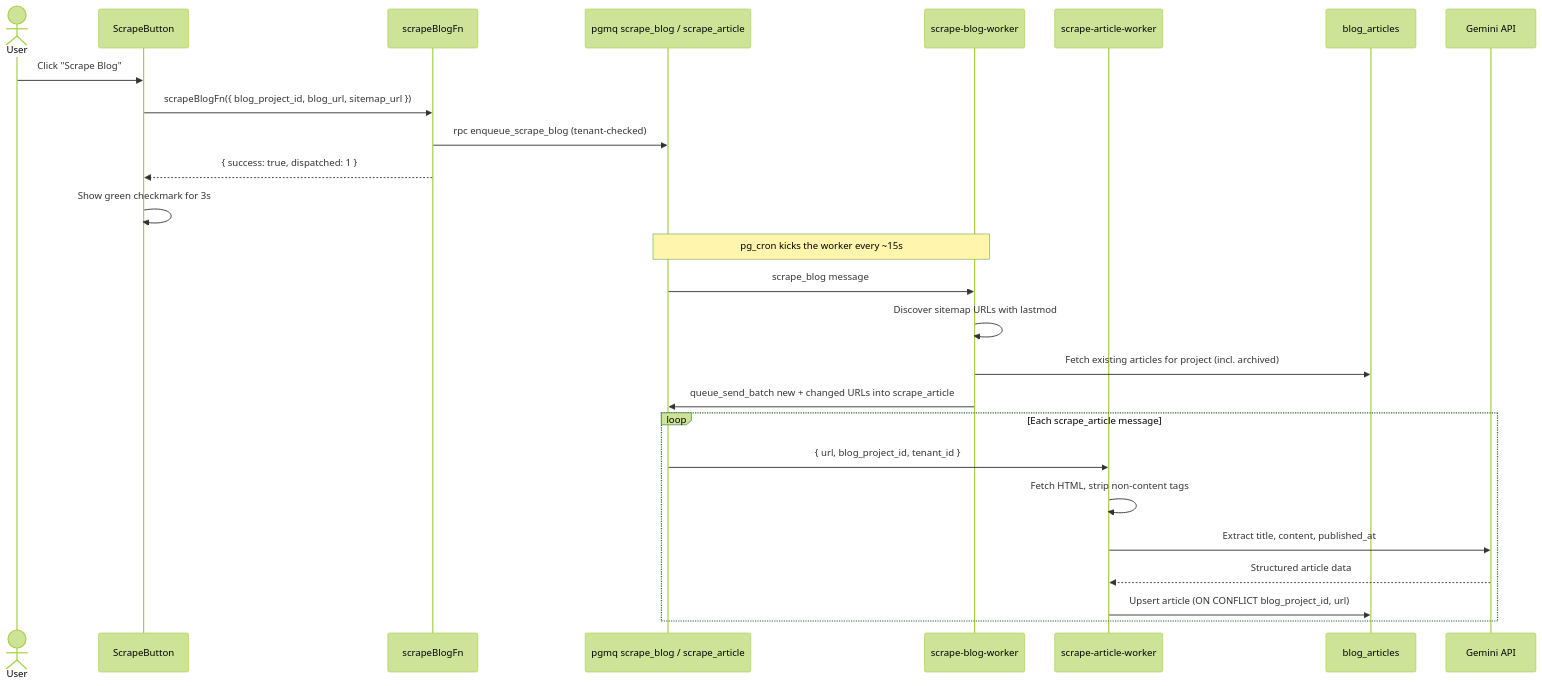
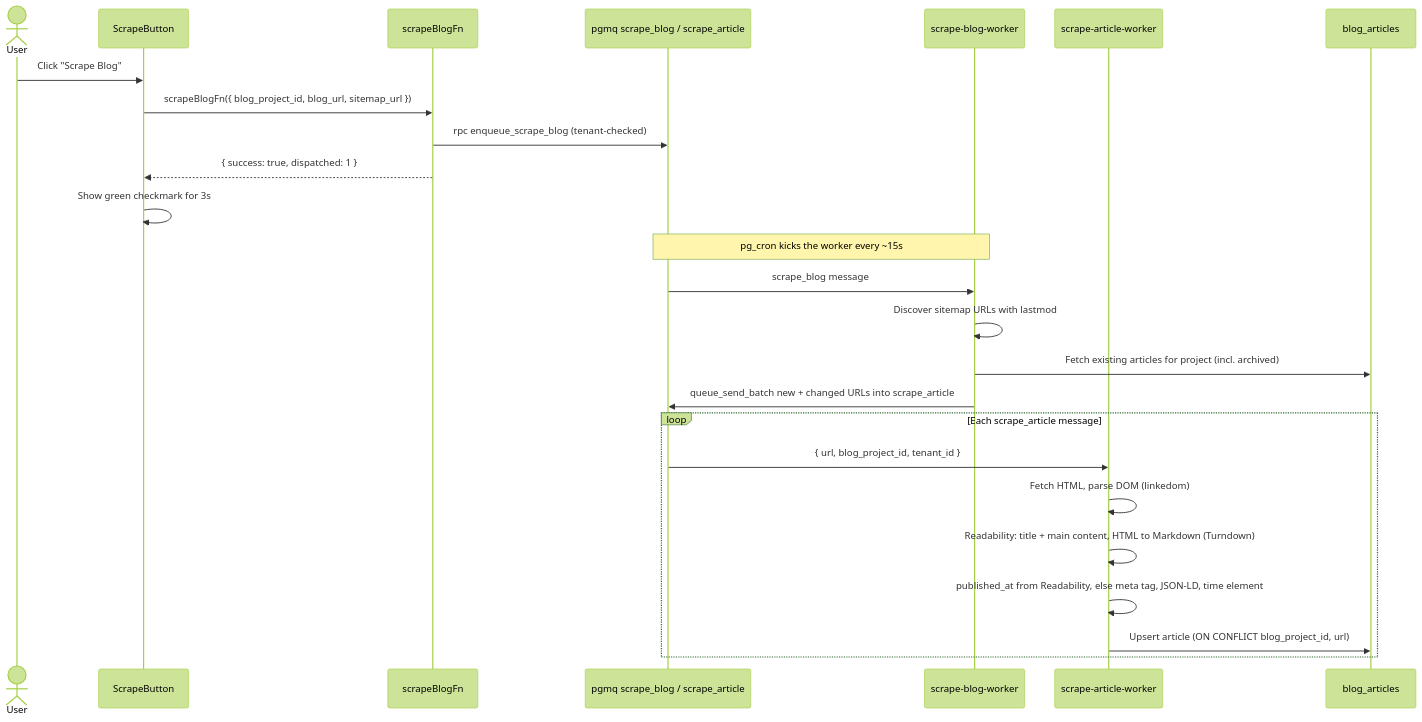
The first of 4 diagrams in docs/flows/article-management.md (theaussie86/petra-pinterest), drawn with Mermaid (forest theme) before and after one commit. The commit also changed other lines of this file and 18 other files, not shown here.

First line of the commit message:
feat(scraping): extract articles with Readability instead of Gemini

````diff
--- a/docs/flows/article-management.md
+++ b/docs/flows/article-management.md
@@ -7,31 +7,30 @@
 ```mermaid
 sequenceDiagram
     actor User
     participant Button as ScrapeButton
     participant Server as scrapeBlogFn
     participant Queue as pgmq scrape_blog / scrape_article
     participant BlogWorker as scrape-blog-worker
     participant ArticleWorker as scrape-article-worker
     participant DB as blog_articles
-    participant Gemini as Gemini API
 
     User->>Button: Click "Scrape Blog"
     Button->>Server: scrapeBlogFn({ blog_project_id, blog_url, sitemap_url })
     Server->>Queue: rpc enqueue_scrape_blog (tenant-checked)
     Server-->>Button: { success: true, dispatched: 1 }
     Button->>Button: Show green checkmark for 3s
 
     Note over Queue,BlogWorker: pg_cron kicks the worker every ~15s
     Queue->>BlogWorker: scrape_blog message
     BlogWorker->>BlogWorker: Discover sitemap URLs with lastmod
     BlogWorker->>DB: Fetch existing articles for project (incl. archived)
     BlogWorker->>Queue: queue_send_batch new + changed URLs into scrape_article
 
     loop Each scrape_article message
         Queue->>ArticleWorker: { url, blog_project_id, tenant_id }
-        ArticleWorker->>ArticleWorker: Fetch HTML, strip non-content tags
-        ArticleWorker->>Gemini: Extract title, content, published_at
-        Gemini-->>ArticleWorker: Structured article data
+        ArticleWorker->>ArticleWorker: Fetch HTML, parse DOM (linkedom)
+        ArticleWorker->>ArticleWorker: Readability: title + main content, HTML to Markdown (Turndown)
+        ArticleWorker->>ArticleWorker: published_at from Readability, else meta tag, JSON-LD, time element
         ArticleWorker->>DB: Upsert article (ON CONFLICT blog_project_id, url)
     end
 ```
````
